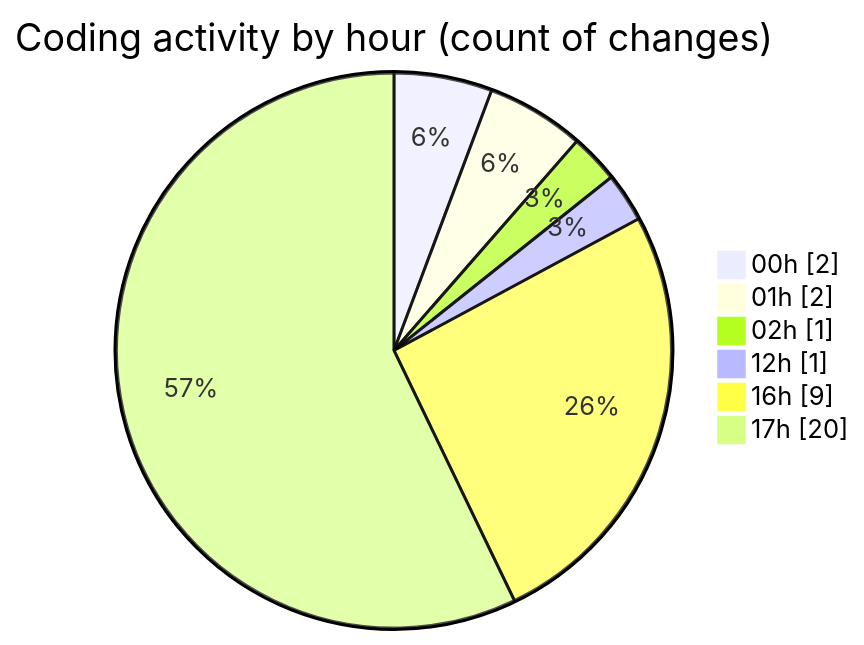
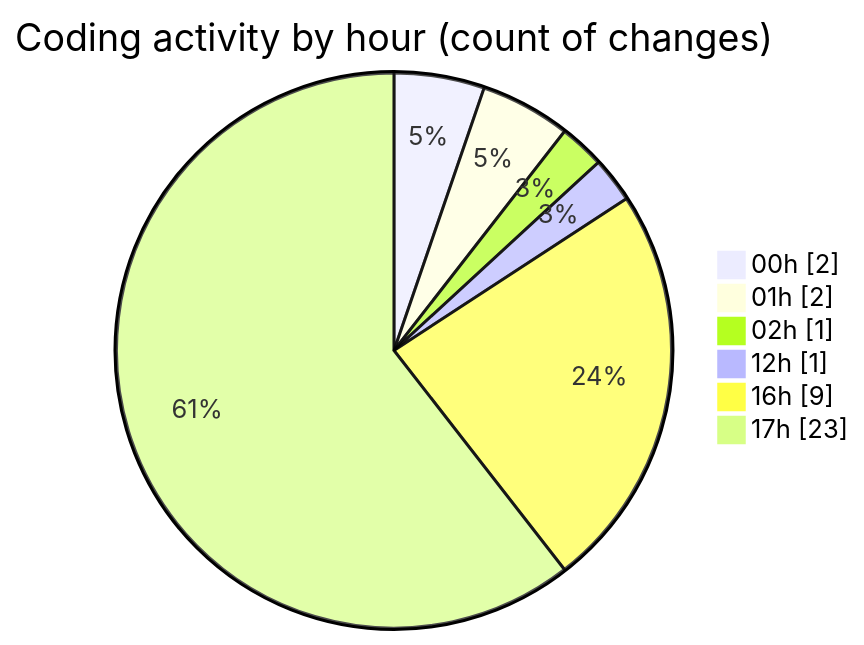
The second of 2 diagrams in 2026-07-09/twenty_versions_aminor/README.md (shibass792/code-tracking), drawn with Mermaid before and after one commit. The commit also changed other lines of this file and 1 other file, not shown here.

````diff
--- a/2026-07-09/twenty_versions_aminor/README.md
+++ b/2026-07-09/twenty_versions_aminor/README.md
@@ -41,10 +41,10 @@
 ```mermaid
 pie showData
 title Coding activity by hour (count of changes)
 "00h" : 2
 "01h" : 2
 "02h" : 1
 "12h" : 1
 "16h" : 9
-"17h" : 20
+"17h" : 23
 ```
````
